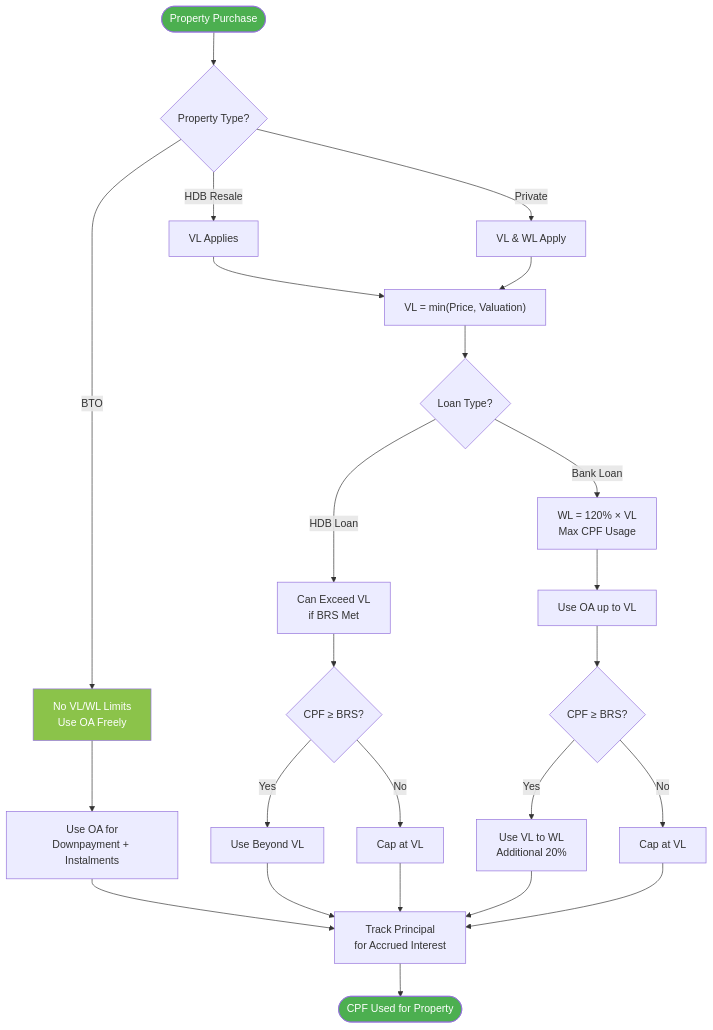
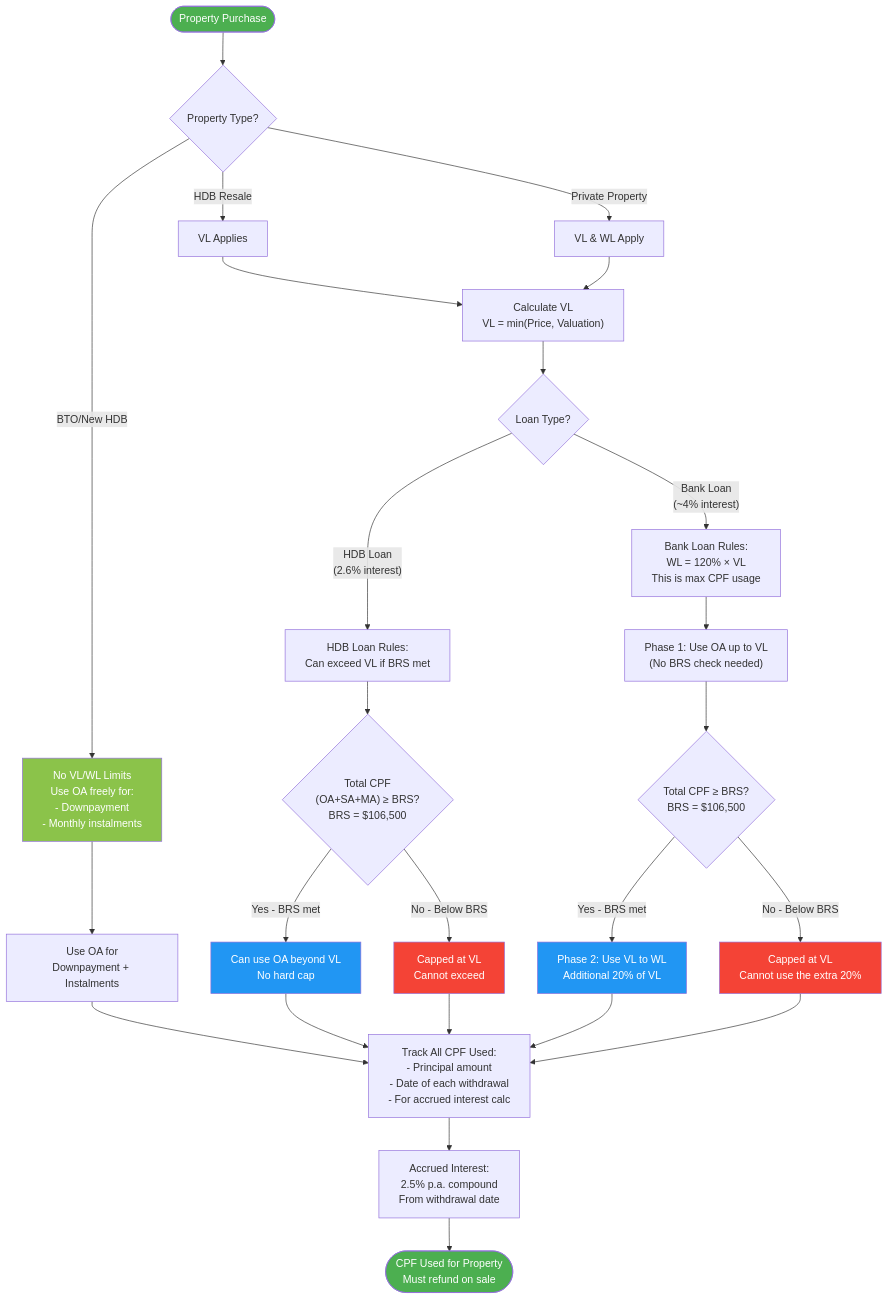
The ninth of 27 diagrams in specs/cpf-system-diagrams.md (jcleow/wealthproject), drawn with Mermaid before and after one commit. The commit also changed other lines of this file and 13 other files, not shown here.

````diff
--- a/specs/cpf-system-diagrams.md
+++ b/specs/cpf-system-diagrams.md
@@ -300,41 +488,47 @@
 ```mermaid
 flowchart TD
     START([Property Purchase]) --> TYPE{Property Type?}
 
-    TYPE --> |BTO| BTO[No VL/WL Limits<br/>Use OA Freely]
-    TYPE --> |HDB Resale| RESALE[VL Applies]
-    TYPE --> |Private| PRIVATE[VL & WL Apply]
+    TYPE --> |"BTO/New HDB"| BTO["No VL/WL Limits<br/>Use OA freely for:<br/>- Downpayment<br/>- Monthly instalments"]
+    TYPE --> |"HDB Resale"| RESALE[VL Applies]
+    TYPE --> |"Private Property"| PRIVATE[VL & WL Apply]
 
     BTO --> USE_OA[Use OA for<br/>Downpayment + Instalments]
 
-    RESALE --> CALC_VL["VL = min#40;Price, Valuation#41;"]
+    RESALE --> CALC_VL["Calculate VL<br/>VL = min#40;Price, Valuation#41;"]
     PRIVATE --> CALC_VL
 
     CALC_VL --> LOAN{Loan Type?}
 
-    LOAN --> |HDB Loan| HDB_LOAN[Can Exceed VL<br/>if BRS Met]
-    LOAN --> |Bank Loan| BANK_LOAN[WL = 120% × VL<br/>Max CPF Usage]
+    LOAN --> |"HDB Loan<br/>#40;2.6% interest#41;"| HDB_LOAN["HDB Loan Rules:<br/>Can exceed VL if BRS met"]
+    LOAN --> |"Bank Loan<br/>#40;~4% interest#41;"| BANK_LOAN["Bank Loan Rules:<br/>WL = 120% × VL<br/>This is max CPF usage"]
 
-    HDB_LOAN --> BRS_CHECK_1{CPF ≥ BRS?}
-    BANK_LOAN --> VL_FIRST[Use OA up to VL]
+    HDB_LOAN --> BRS_CHECK_1{"Total CPF<br/>#40;OA+SA+MA#41; ≥ BRS?<br/>BRS = $106,500"}
+    BANK_LOAN --> PHASE1["Phase 1: Use OA up to VL<br/>#40;No BRS check needed#41;"]
 
-    BRS_CHECK_1 --> |Yes| USE_BEYOND[Use Beyond VL]
-    BRS_CHECK_1 --> |No| CAP_VL_1[Cap at VL]
+    BRS_CHECK_1 --> |"Yes - BRS met"| USE_BEYOND["Can use OA beyond VL<br/>No hard cap"]
+    BRS_CHECK_1 --> |"No - Below BRS"| CAP_VL_1["Capped at VL<br/>Cannot exceed"]
 
-    VL_FIRST --> BRS_CHECK_2{CPF ≥ BRS?}
+    PHASE1 --> BRS_CHECK_2{"Total CPF ≥ BRS?<br/>BRS = $106,500"}
 
-    BRS_CHECK_2 --> |Yes| USE_TO_WL[Use VL to WL<br/>Additional 20%]
-    BRS_CHECK_2 --> |No| CAP_VL_2[Cap at VL]
+    BRS_CHECK_2 --> |"Yes - BRS met"| PHASE2["Phase 2: Use VL to WL<br/>Additional 20% of VL"]
+    BRS_CHECK_2 --> |"No - Below BRS"| CAP_VL_2["Capped at VL<br/>Cannot use the extra 20%"]
 
-    USE_OA --> TRACK[Track Principal<br/>for Accrued Interest]
+    USE_OA --> TRACK["Track All CPF Used:<br/>- Principal amount<br/>- Date of each withdrawal<br/>- For accrued interest calc"]
     USE_BEYOND --> TRACK
     CAP_VL_1 --> TRACK
-    USE_TO_WL --> TRACK
+    PHASE2 --> TRACK
     CAP_VL_2 --> TRACK
 
-    TRACK --> DONE([CPF Used for Property])
+    TRACK --> ACCRUE["Accrued Interest:<br/>2.5% p.a. compound<br/>From withdrawal date"]
+
+    ACCRUE --> DONE(["CPF Used for Property<br/>Must refund on sale"])
 
     style START fill:#4CAF50,color:#fff
     style DONE fill:#4CAF50,color:#fff
     style BTO fill:#8BC34A,color:#fff
+    style PHASE2 fill:#2196F3,color:#fff
+    style USE_BEYOND fill:#2196F3,color:#fff
+    style CAP_VL_1 fill:#f44336,color:#fff
+    style CAP_VL_2 fill:#f44336,color:#fff
 ```
````
